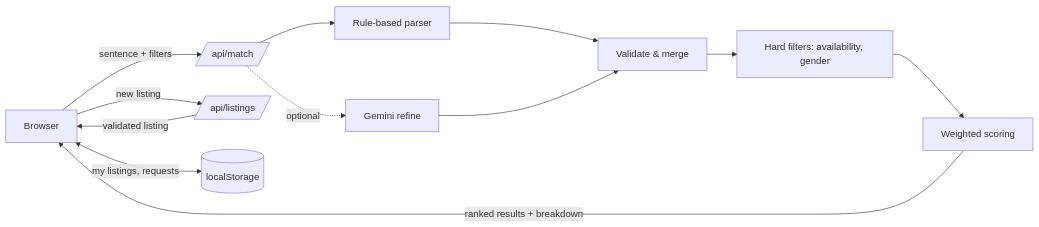
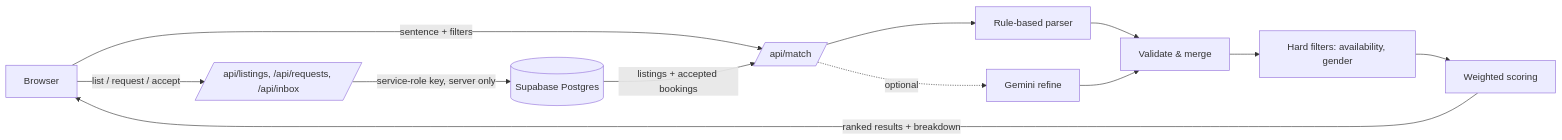
One commit to Nagasiv-cyber/Resource-Intensive-Consumer-Culture-Environmental-Impact changed the diagram in README.md. Above: the diagram before and after it, drawn with Mermaid. The commit also changed other lines of this file and 13 other files, not shown here.

````diff
--- a/README.md
+++ b/README.md
@@ -43,14 +47,14 @@
 ```mermaid
 flowchart LR
   U[Browser] -->|sentence + filters| M[/api/match/]
   M --> P[Rule-based parser]
   M -.optional.-> G[Gemini refine]
   P --> V[Validate & merge]
   G --> V
   V --> F[Hard filters: availability, gender]
   F --> S[Weighted scoring]
   S -->|ranked results + breakdown| U
-  U -->|new listing| L[/api/listings/]
-  L -->|validated listing| U
-  U <-->|my listings, requests| LS[(localStorage)]
+  U -->|list / request / accept| A[/api/listings, /api/requests, /api/inbox/]
+  A -->|service-role key, server only| DB[(Supabase Postgres)]
+  DB -->|listings + accepted bookings| M
 ```
````
